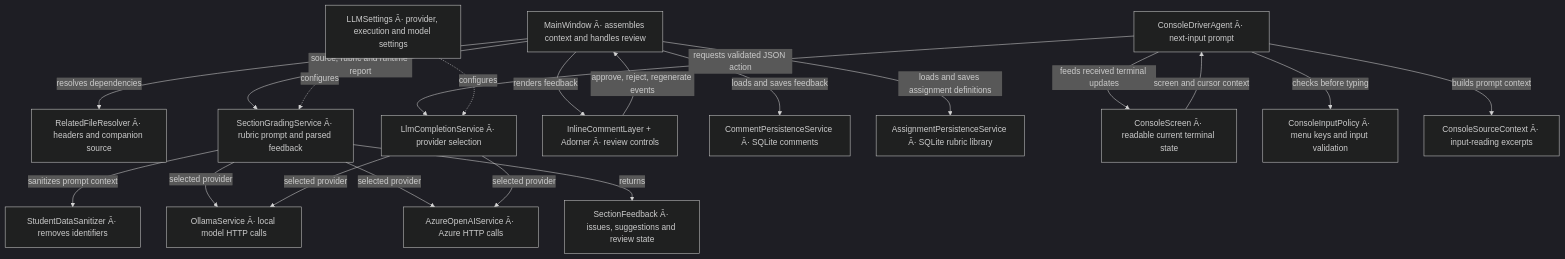
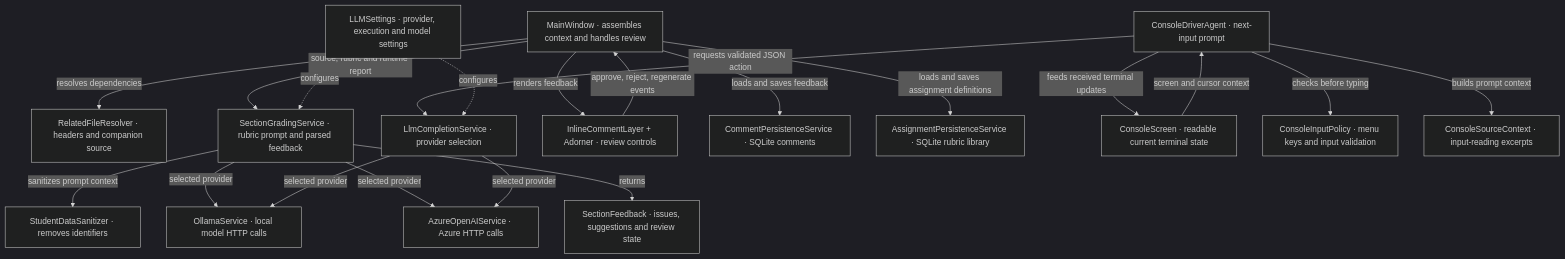
Before and after one commit to signalnotnoise/GuidedGrade: the fourth of 7 diagrams in KNOWLEDGE_GRAPH.md, drawn with Mermaid (dark theme). The commit also changed other lines of this file and 10 other files, not shown here.

````diff
--- a/KNOWLEDGE_GRAPH.md
+++ b/KNOWLEDGE_GRAPH.md
@@ -130,38 +130,38 @@
 ```mermaid
 flowchart TD
-    UI["MainWindow Â· assembles context and handles review"]
-    Context["RelatedFileResolver Â· headers and companion source"]
-    Grade["SectionGradingService Â· rubric prompt and parsed feedback"]
-    Sanitize["StudentDataSanitizer Â· removes identifiers"]
-    Agent["ConsoleDriverAgent Â· next-input prompt"]
-    Route["LlmCompletionService Â· provider selection"]
-    Ollama["OllamaService Â· local model HTTP calls"]
-    Azure["AzureOpenAIService Â· Azure HTTP calls"]
-    Feedback["SectionFeedback Â· issues, suggestions and review state"]
-    Overlay["InlineCommentLayer + Adorner Â· review controls"]
-    Comments["CommentPersistenceService Â· SQLite comments"]
-    Assignment["AssignmentPersistenceService Â· SQLite rubric library"]
-    Settings["LLMSettings Â· provider, execution and model settings"]
+    UI["MainWindow · assembles context and handles review"]
+    Context["RelatedFileResolver · headers and companion source"]
+    Grade["SectionGradingService · rubric prompt and parsed feedback"]
+    Sanitize["StudentDataSanitizer · removes identifiers"]
+    Agent["ConsoleDriverAgent · next-input prompt"]
+    Route["LlmCompletionService · provider selection"]
+    Ollama["OllamaService · local model HTTP calls"]
+    Azure["AzureOpenAIService · Azure HTTP calls"]
+    Feedback["SectionFeedback · issues, suggestions and review state"]
+    Overlay["InlineCommentLayer + Adorner · review controls"]
+    Comments["CommentPersistenceService · SQLite comments"]
+    Assignment["AssignmentPersistenceService · SQLite rubric library"]
+    Settings["LLMSettings · provider, execution and model settings"]
     UI -->|resolves dependencies| Context
     UI -->|source, rubric and runtime report| Grade
     Grade -->|sanitizes prompt context| Sanitize
     Grade -->|selected provider| Ollama
     Grade -->|selected provider| Azure
-    Screen["ConsoleScreen Â· readable current terminal state"]
+    Screen["ConsoleScreen · readable current terminal state"]
     Agent -->|feeds received terminal updates| Screen
     Screen -->|screen and cursor context| Agent
-    InputPolicy["ConsoleInputPolicy Â· menu keys and input validation"]
-    SourceContext["ConsoleSourceContext Â· input-reading excerpts"]
+    InputPolicy["ConsoleInputPolicy · menu keys and input validation"]
+    SourceContext["ConsoleSourceContext · input-reading excerpts"]
     Agent -->|checks before typing| InputPolicy
     Agent -->|builds prompt context| SourceContext
     Agent -->|requests validated JSON action| Route
     Route -->|selected provider| Ollama
     Route -->|selected provider| Azure
     Settings -.->|configures| Grade
     Settings -.->|configures| Route
     Grade -->|returns| Feedback
     UI -->|renders feedback| Overlay
     Overlay -->|approve, reject, regenerate events| UI
     UI -->|loads and saves feedback| Comments
     UI -->|loads and saves assignment definitions| Assignment
 ```
````
